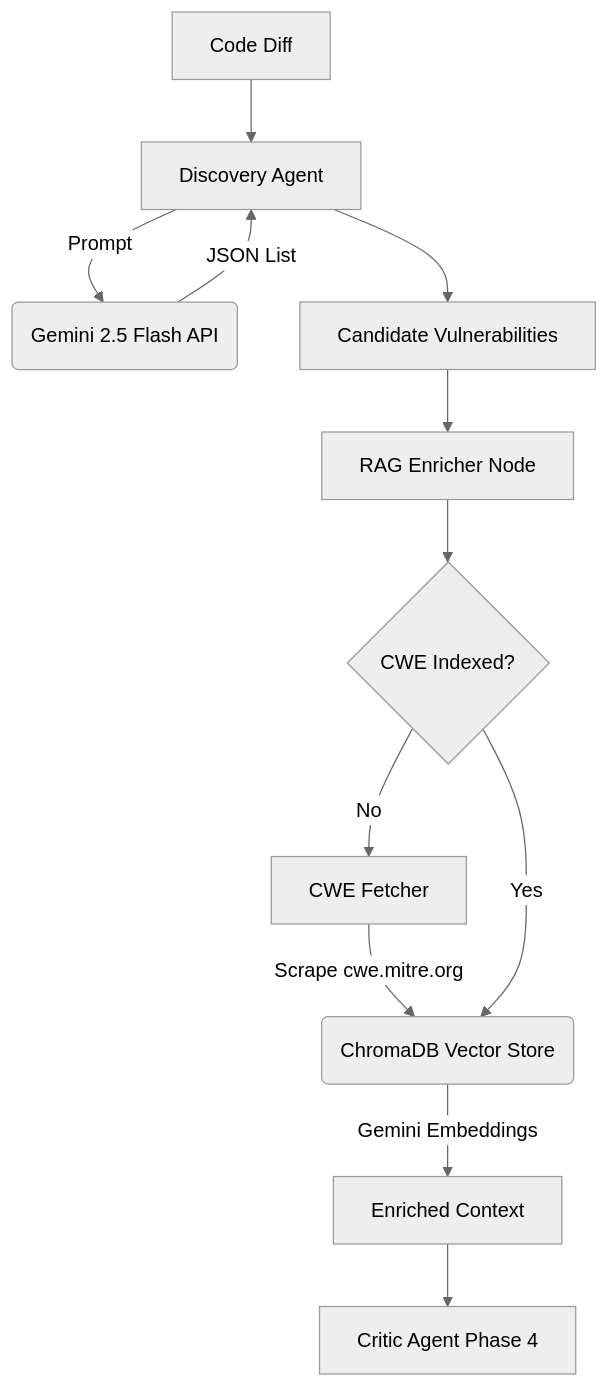
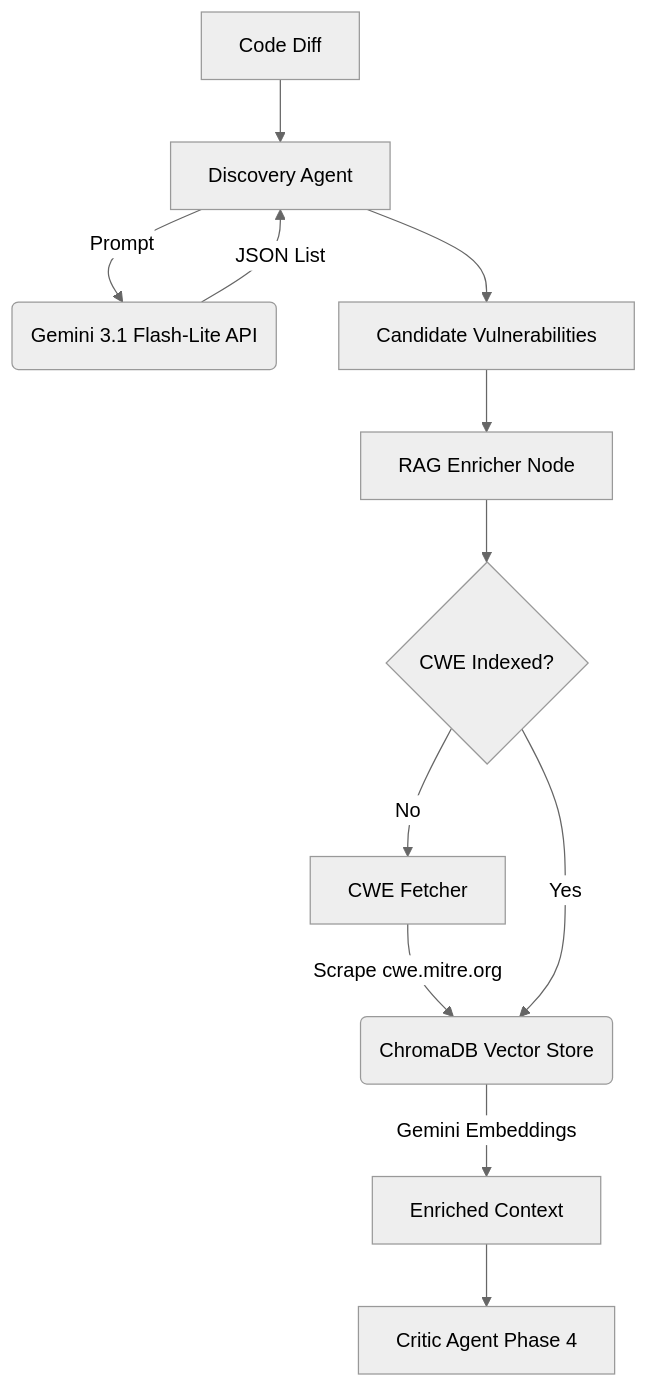
Before and after one commit to Darshil056/VerifyFix: the diagram in Phase_3_Gothrough.md, drawn with Mermaid (neutral theme). The commit also changed other lines of this file and 26 other files, not shown here.

````diff
--- a/Phase_3_Gothrough.md
+++ b/Phase_3_Gothrough.md
@@ -25,15 +25,15 @@
 ```mermaid
 graph TD
     A[Code Diff] --> B[Discovery Agent]
-    B -->|Prompt| C(Gemini 2.5 Flash API)
+    B -->|Prompt| C(Gemini 3.1 Flash-Lite API)
     C -->|JSON List| B
     B --> D[Candidate Vulnerabilities]
     
     D --> E[RAG Enricher Node]
     E --> F{CWE Indexed?}
     F -- No --> G[CWE Fetcher]
     G -->|Scrape cwe.mitre.org| H(ChromaDB Vector Store)
     F -- Yes --> H
     H -->|Gemini Embeddings| I[Enriched Context]
     I --> J[Critic Agent Phase 4]
 ```
````
